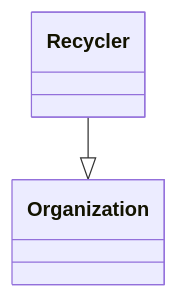
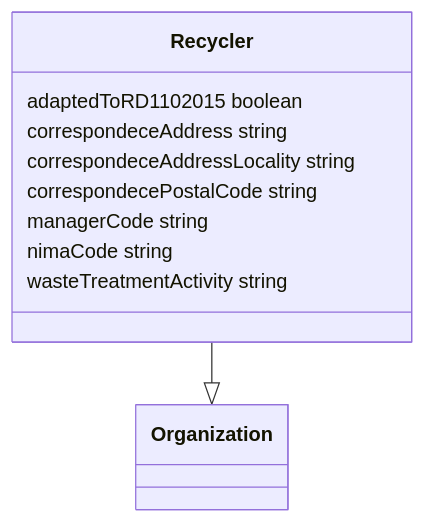
The diagram in docs/wiki/recycling/README.md (Blue-Room-Innovation/bri-ontology), drawn with Mermaid before and after one commit. The commit also changed other lines of this file and 34 other files, not shown here.

First line of the commit message:
feat: update recycling schema and TypeScript definitions

````diff
--- a/docs/wiki/recycling/README.md
+++ b/docs/wiki/recycling/README.md
@@ -5,6 +5,13 @@
 ```mermaid
 classDiagram
    class Recycler{
+       adaptedToRD1102015 boolean
+       correspondeceAddress string
+       correspondeceAddressLocality string
+       correspondecePostalCode string
+       managerCode string
+       nimaCode string
+       wasteTreatmentActivity string
    }
    Recycler --|> Organization
 ```
````
